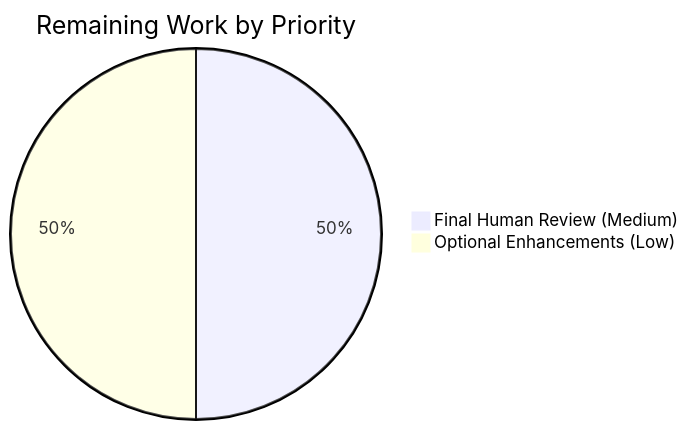
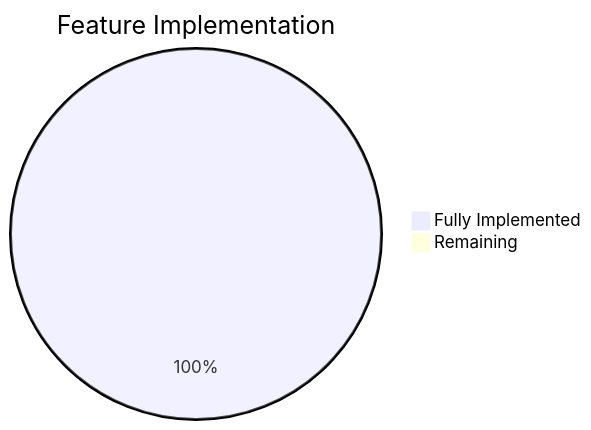
Before and after one commit to Sandeep02Kumar02/existing-projects-qa-test: the second of 2 diagrams in blitzy/documentation/Project Guide.md, drawn with Mermaid. The commit also changed other lines of this file, not shown here.

Commit message:
Adding Blitzy Project Guide: Project Status and Human Tasks Remaining

````diff
--- a/blitzy/documentation/Project Guide.md
+++ b/blitzy/documentation/Project Guide.md
@@ -483,5 +86,5 @@
 ```mermaid
-pie title Remaining Work by Priority
-    "Final Human Review (Medium)" : 1.0
-    "Optional Enhancements (Low)" : 1.0
+pie title Feature Implementation
+    "Fully Implemented" : 15
+    "Remaining" : 0
 ```
````
